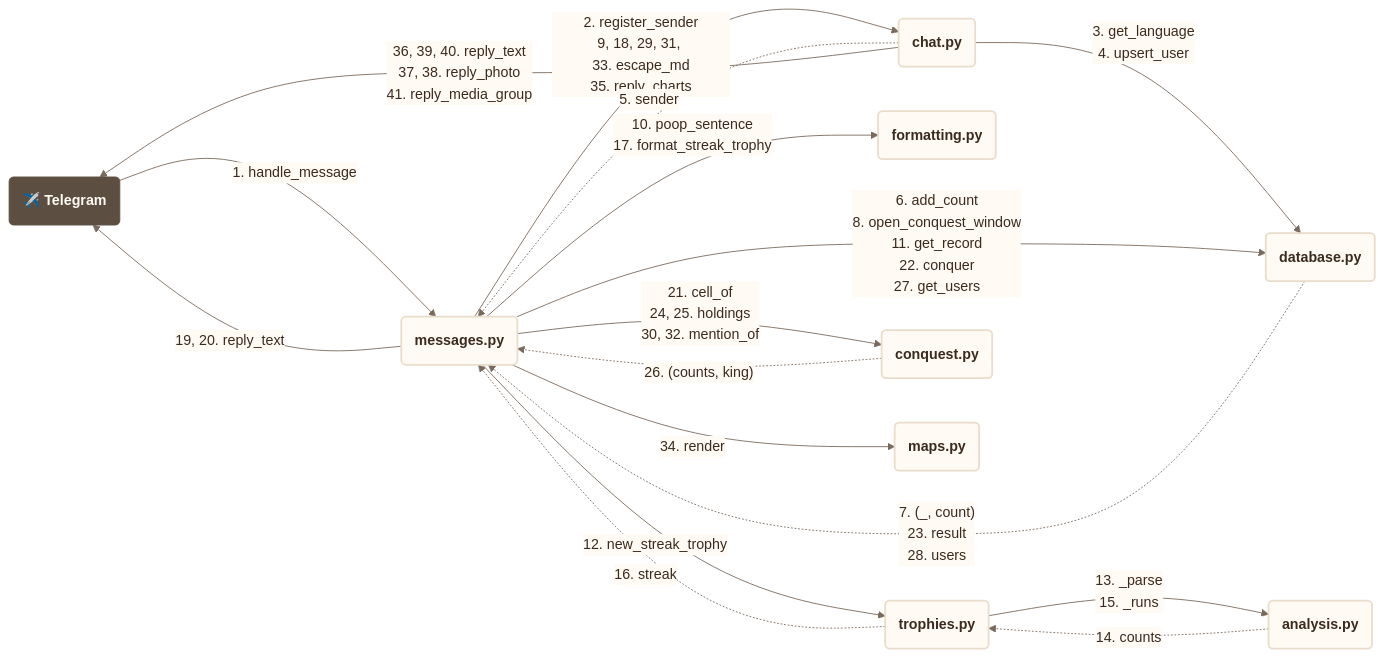
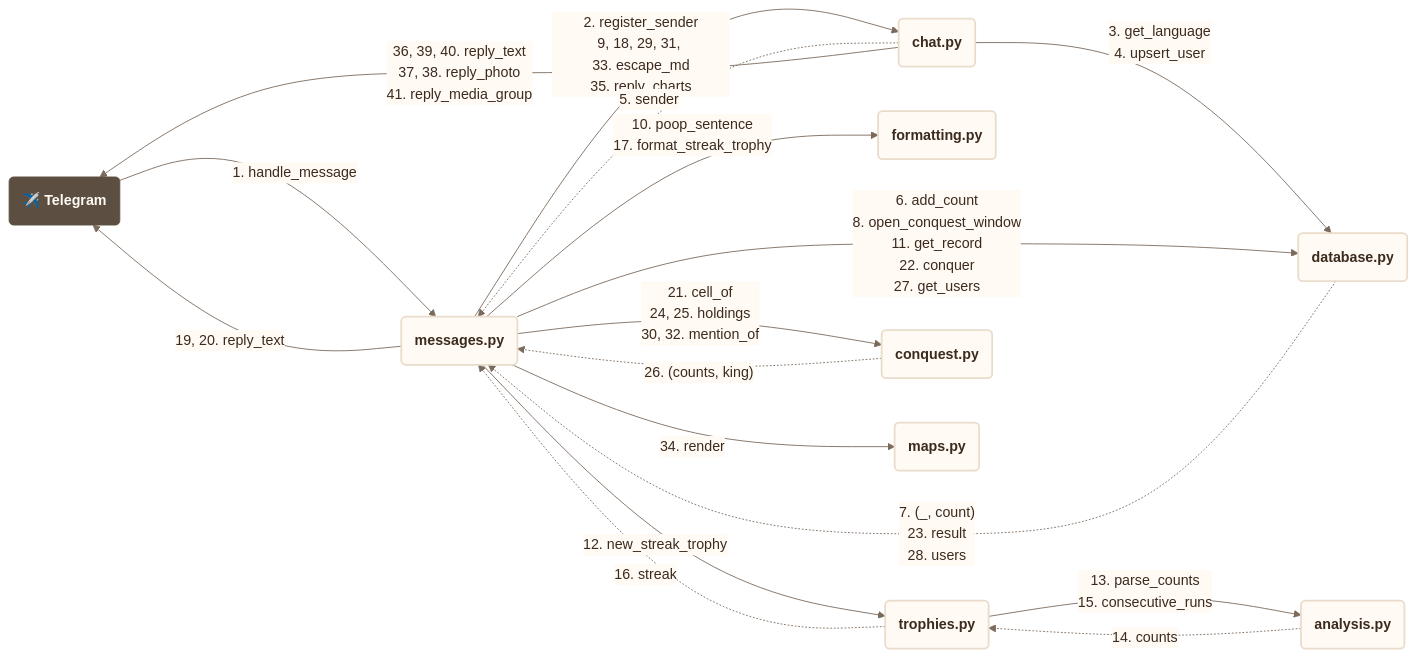
One commit to francescoperrino/Caccometro changed diagram 31 of 42 in docs/use_cases.md. Above: the diagram before and after it, drawn with Mermaid. The commit also changed other lines of this file and 22 other files, not shown here.

````diff
--- a/docs/use_cases.md
+++ b/docs/use_cases.md
@@ -2652,66 +2594,66 @@
 ```mermaid
 ---
 config:
   theme: base
   themeVariables:
     fontFamily: "Nunito, Segoe UI, Roboto, sans-serif"
     primaryColor: "#fffaf3"
     primaryTextColor: "#3b2a1e"
     primaryBorderColor: "#eadccb"
     secondaryColor: "#f7ecdc"
     tertiaryColor: "#f3e4d0"
     lineColor: "#7a6a5c"
     textColor: "#3b2a1e"
     edgeLabelBackground: "#fffaf3"
     clusterBkg: "#f3e4d0"
     clusterBorder: "#cbbca9"
     titleColor: "#5c4f42"
     noteBkgColor: "#f7ecdc"
     noteTextColor: "#3b2a1e"
     actorBkg: "#fffaf3"
     actorBorder: "#5c4f42"
     actorTextColor: "#3b2a1e"
     signalColor: "#7a6a5c"
     signalTextColor: "#3b2a1e"
     labelBoxBkgColor: "#f3e4d0"
     loopTextColor: "#3b2a1e"
     sequenceNumberColor: "#fffaf3"
     xyChart:
       plotColorPalette: "#2f4f8f"
   flowchart:
     nodeSpacing: 50
     rankSpacing: 160
 ---
 flowchart LR
     accTitle: Communication diagram, A message in the chat, 💩 or 🚽 (text or sticker), a location, a mention of the bot, "run"
     accDescr: The modules involved, the functions each one calls in another and what comes back, numbered as in the sequence
     telegram("<b>✈️ Telegram</b>")
     messages("<b>messages.py</b>")
     chat("<b>chat.py</b>")
     database("<b>database.py</b>")
     formatting("<b>formatting.py</b>")
     trophies("<b>trophies.py</b>")
     analysis("<b>analysis.py</b>")
     conquest("<b>conquest.py</b>")
     maps("<b>maps.py</b>")
     telegram -->|"1.#nbsp;handle_message"| messages
     messages -->|"2.#nbsp;register_sender<br/>9, 18, 29, 31, 33.#nbsp;escape_md<br/>35.#nbsp;reply_charts"| chat
     chat -->|"3.#nbsp;get_language<br/>4.#nbsp;upsert_user"| database
     chat -.->|"5.#nbsp;sender"| messages
     messages -->|"6.#nbsp;add_count<br/>8.#nbsp;open_conquest_window<br/>11.#nbsp;get_record<br/>22.#nbsp;conquer<br/>27.#nbsp;get_users"| database
     database -.->|"7.#nbsp;(_, count)<br/>23.#nbsp;result<br/>28.#nbsp;users"| messages
     messages -->|"10.#nbsp;poop_sentence<br/>17.#nbsp;format_streak_trophy"| formatting
     messages -->|"12.#nbsp;new_streak_trophy"| trophies
-    trophies -->|"13.#nbsp;_parse<br/>15.#nbsp;_runs"| analysis
+    trophies -->|"13.#nbsp;parse_counts<br/>15.#nbsp;consecutive_runs"| analysis
     analysis -.->|"14.#nbsp;counts"| trophies
     trophies -.->|"16.#nbsp;streak"| messages
     messages -->|"19, 20.#nbsp;reply_text"| telegram
     messages -->|"21.#nbsp;cell_of<br/>24, 25.#nbsp;holdings<br/>30, 32.#nbsp;mention_of"| conquest
     conquest -.->|"26.#nbsp;(counts, king)"| messages
     messages -->|"34.#nbsp;render"| maps
     chat -->|"36, 39, 40.#nbsp;reply_text<br/>37, 38.#nbsp;reply_photo<br/>41.#nbsp;reply_media_group"| telegram
     classDef step fill:#fffaf3,stroke:#eadccb,stroke-width:2px,color:#3b2a1e
     classDef person fill:#5c4f42,stroke:#5c4f42,color:#fffaf3
     class messages,chat,database,formatting,trophies,analysis,conquest,maps step
     class telegram person
 ```
````
